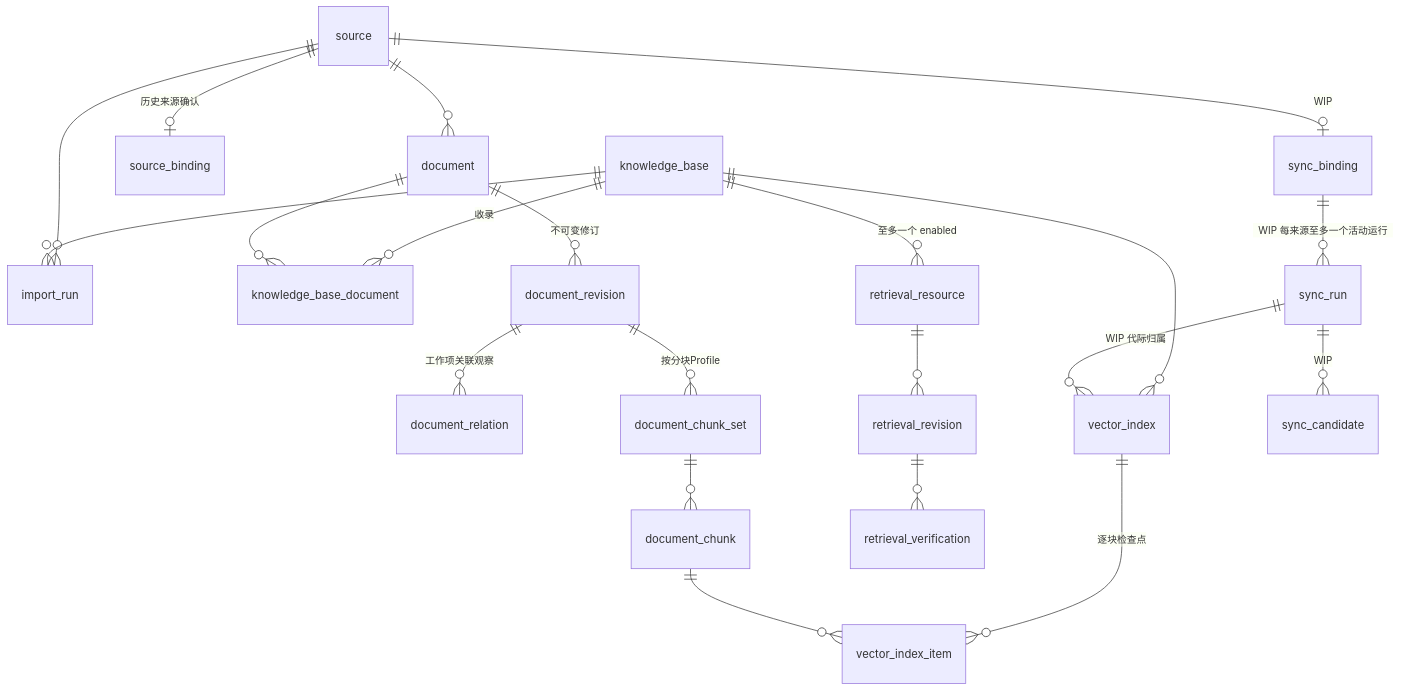
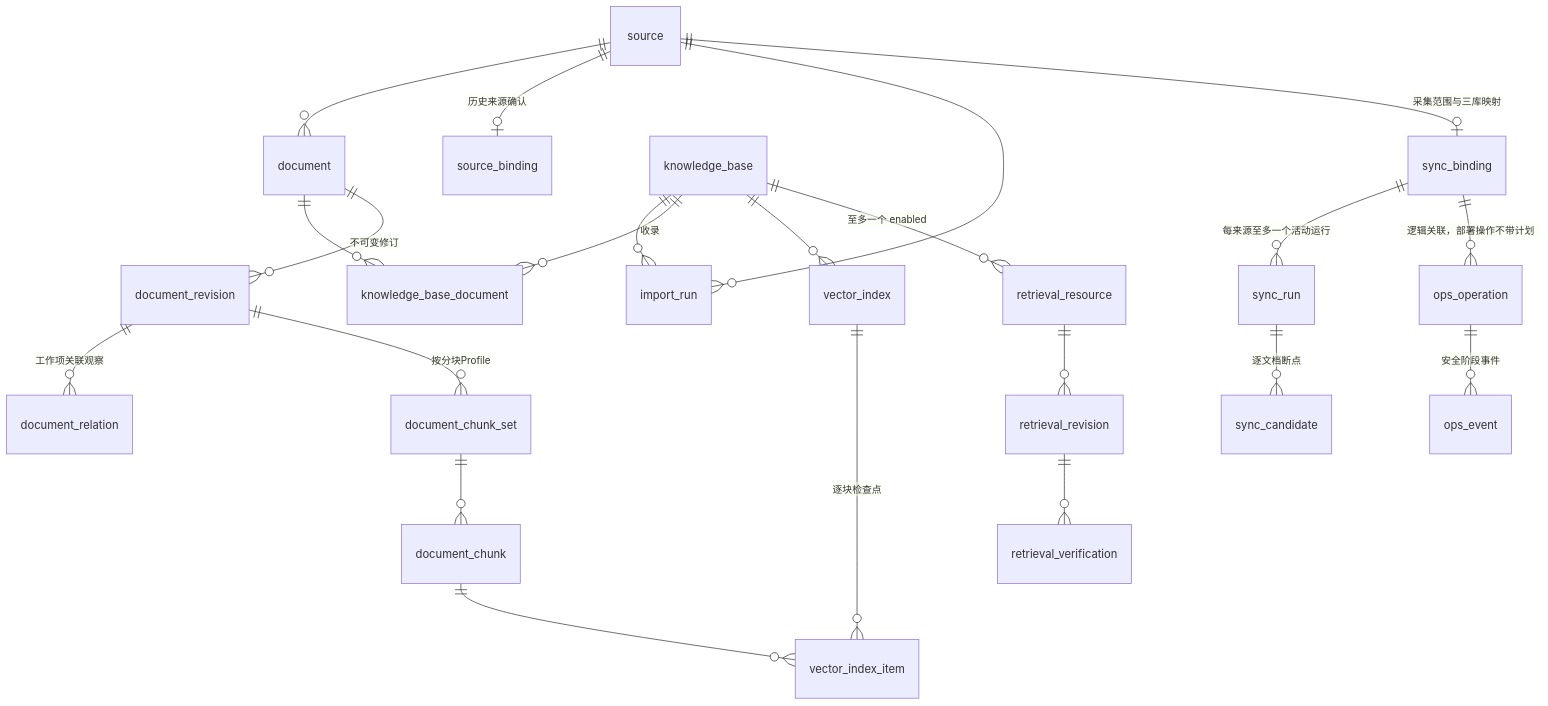
Diagram 13 of 13 in docs/reference/enterprise-agent-system-design-for-chatgpt.md (zmh117/enterprise_agent), drawn with Mermaid before and after one commit. The commit also changed other lines of this file and 16 other files, not shown here.

````diff
--- a/docs/reference/enterprise-agent-system-design-for-chatgpt.md
+++ b/docs/reference/enterprise-agent-system-design-for-chatgpt.md
@@ -626,23 +639,24 @@
 ```mermaid
 erDiagram
   source ||--o{ document : ""
   source ||--o| source_binding : "历史来源确认"
   source ||--o{ import_run : ""
   knowledge_base ||--o{ import_run : ""
   knowledge_base ||--o{ knowledge_base_document : "收录"
   document ||--o{ knowledge_base_document : ""
   document ||--o{ document_revision : "不可变修订"
   document_revision ||--o{ document_relation : "工作项关联观察"
   document_revision ||--o{ document_chunk_set : "按分块Profile"
   document_chunk_set ||--o{ document_chunk : ""
   knowledge_base ||--o{ vector_index : ""
   vector_index ||--o{ vector_index_item : "逐块检查点"
   document_chunk ||--o{ vector_index_item : ""
   knowledge_base ||--o{ retrieval_resource : "至多一个 enabled"
   retrieval_resource ||--o{ retrieval_revision : ""
   retrieval_revision ||--o{ retrieval_verification : ""
-  source ||--o| sync_binding : "WIP"
-  sync_binding ||--o{ sync_run : "WIP 每来源至多一个活动运行"
-  sync_run ||--o{ sync_candidate : "WIP"
-  sync_run ||--o{ vector_index : "WIP 代际归属"
+  source ||--o| sync_binding : "采集范围与三库映射"
+  sync_binding ||--o{ sync_run : "每来源至多一个活动运行"
+  sync_run ||--o{ sync_candidate : "逐文档断点"
+  sync_binding ||--o{ ops_operation : "逻辑关联，部署操作不带计划"
+  ops_operation ||--o{ ops_event : "安全阶段事件"
 ```
````
